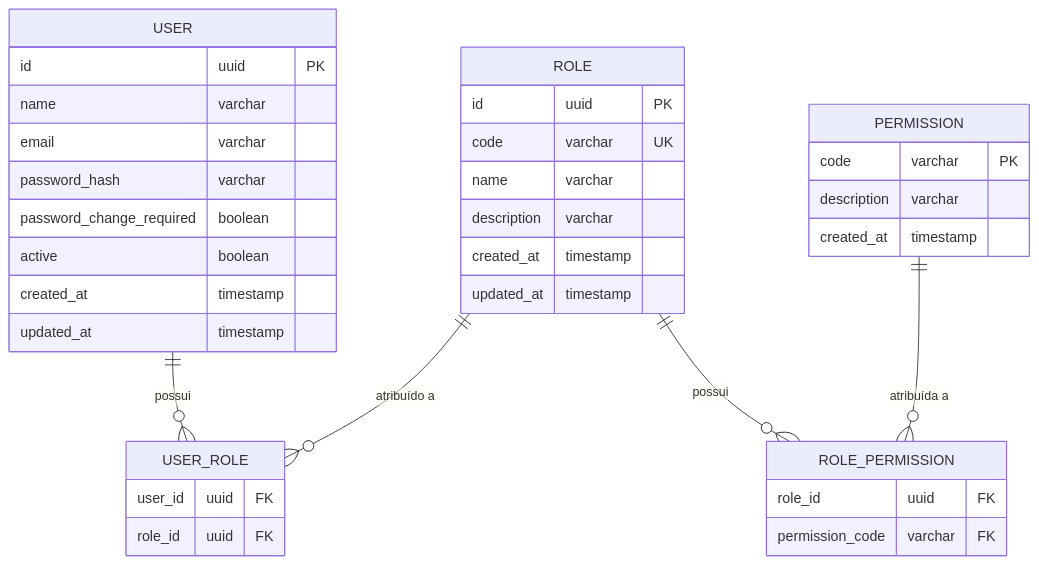
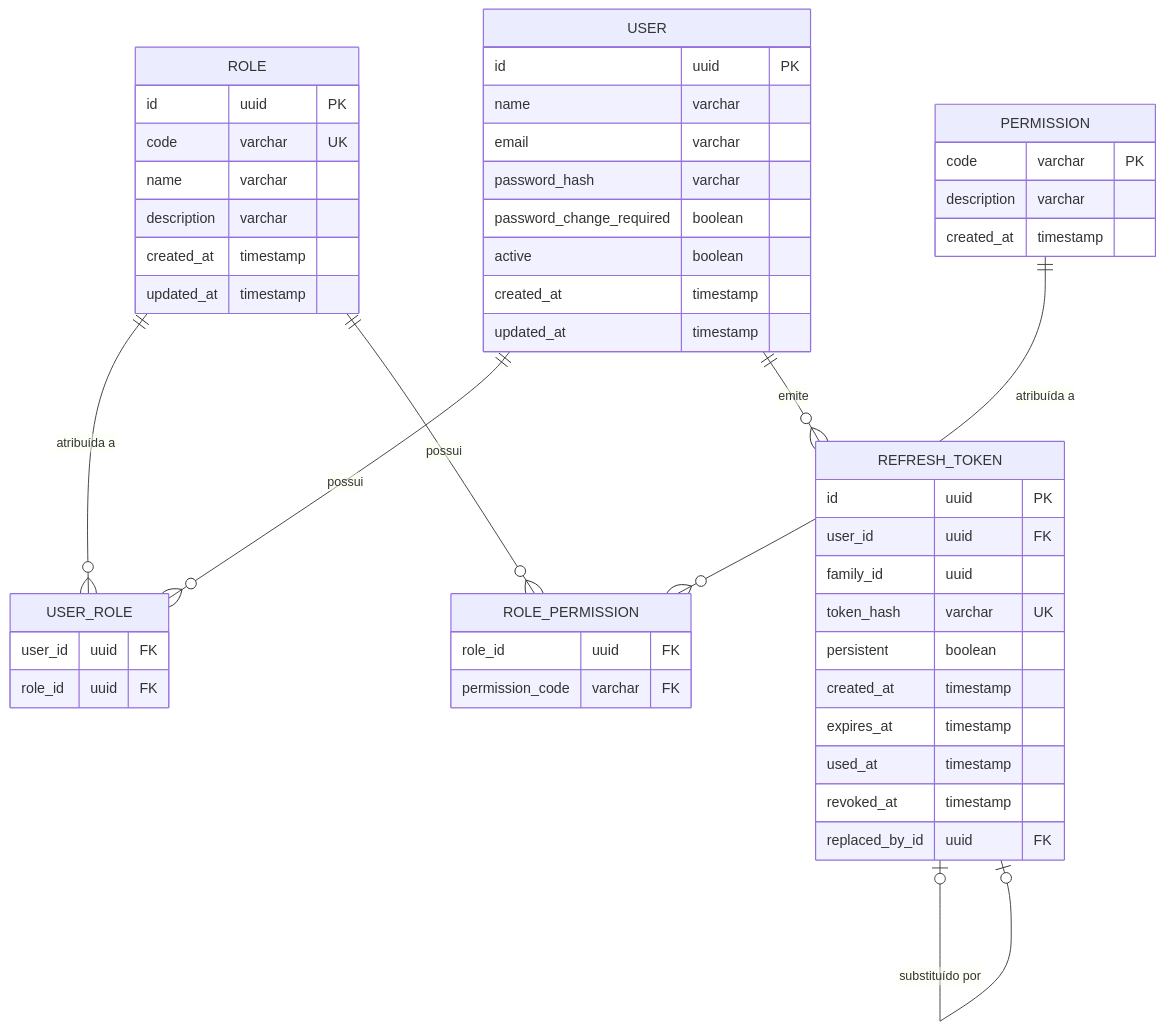
The diagram in specs/identity/architecture.md (lucas-freitas-tech/afc-erp-docs), drawn with Mermaid before and after one commit. The commit also changed other lines of this file and 4 other files, not shown here.

Commit message:
docs(identity): align architecture, flows, and epics

````diff
--- a/specs/identity/architecture.md
+++ b/specs/identity/architecture.md
@@ -71,45 +73,61 @@
 ```mermaid
 erDiagram
 
     USER {
         id uuid PK
         name varchar
         email varchar
         password_hash varchar
         password_change_required boolean
         active boolean
         created_at timestamp
         updated_at timestamp
     }
 
     ROLE {
         id uuid PK
         code varchar UK
         name varchar
         description varchar
         created_at timestamp
         updated_at timestamp
     }
 
     PERMISSION {
         code varchar PK
         description varchar
         created_at timestamp
     }
 
     USER_ROLE {
         user_id uuid FK
         role_id uuid FK
     }
 
     ROLE_PERMISSION {
         role_id uuid FK
         permission_code varchar FK
     }
 
+    REFRESH_TOKEN {
+        id uuid PK
+        user_id uuid FK
+        family_id uuid
+        token_hash varchar UK
+        persistent boolean
+        created_at timestamp
+        expires_at timestamp
+        used_at timestamp
+        revoked_at timestamp
+        replaced_by_id uuid FK
+    }
+
     USER ||--o{ USER_ROLE : "possui"
-    ROLE ||--o{ USER_ROLE : "atribuído a"
+    ROLE ||--o{ USER_ROLE : "atribuída a"
 
     ROLE ||--o{ ROLE_PERMISSION : "possui"
     PERMISSION ||--o{ ROLE_PERMISSION : "atribuída a"
+
+    USER ||--o{ REFRESH_TOKEN : "emite"
+    REFRESH_TOKEN |o--o| REFRESH_TOKEN : "substituído por"
 ```
````
